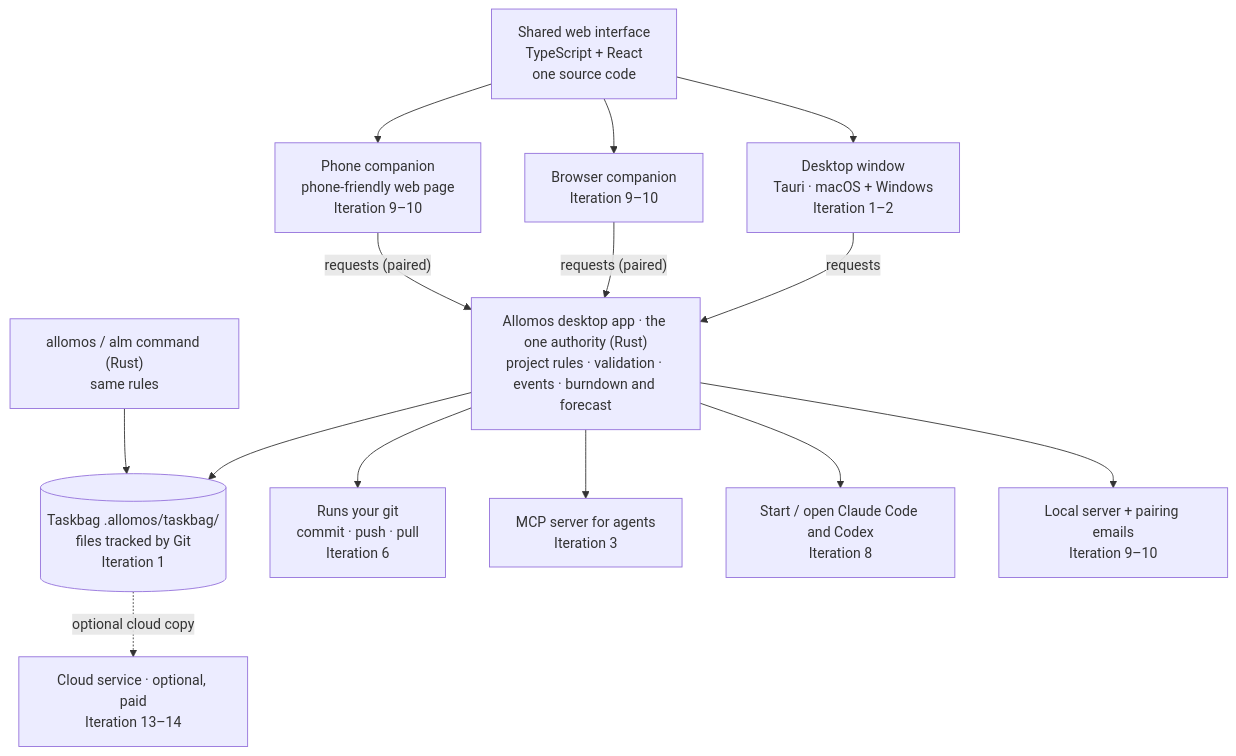
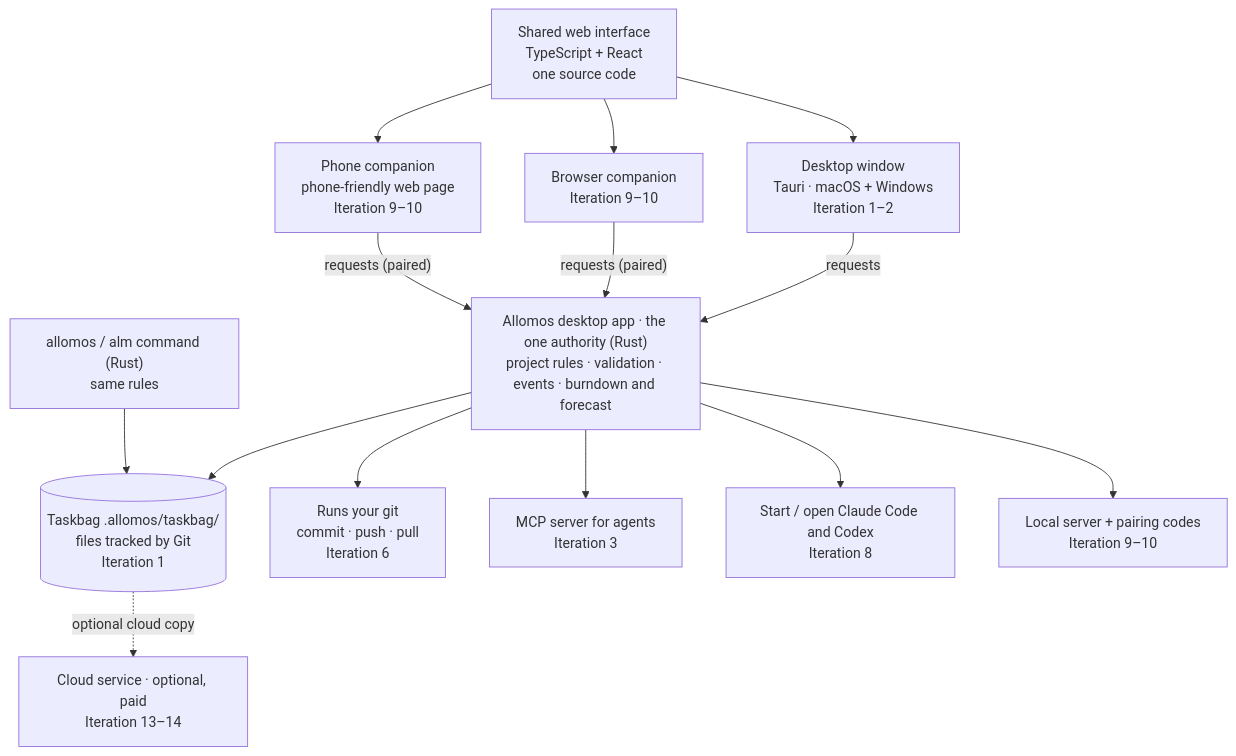
The diagram in docs/product/PLAN.md (allomos/allomos), drawn with Mermaid before and after one commit. The commit also changed other lines of this file and 3 other files, not shown here.

````diff
--- a/docs/product/PLAN.md
+++ b/docs/product/PLAN.md
@@ -112,18 +112,18 @@
 ```mermaid
 flowchart TD
     UI["Shared web interface<br/>TypeScript + React<br/>one source code"]
     UI --> DW["Desktop window<br/>Tauri · macOS + Windows<br/>Iteration 1–2"]
     UI --> BC["Browser companion<br/>Iteration 9–10"]
     UI --> PC["Phone companion<br/>phone-friendly web page<br/>Iteration 9–10"]
     DW -- requests --> HUB
     BC -- "requests (paired)" --> HUB
     PC -- "requests (paired)" --> HUB
     HUB["Allomos desktop app · the one authority (Rust)<br/>project rules · validation · events · burndown and forecast"]
     HUB --> TB[("Taskbag .allomos/taskbag/<br/>files tracked by Git<br/>Iteration 1")]
     HUB --> GIT["Runs your git<br/>commit · push · pull<br/>Iteration 6"]
     HUB --> MCP["MCP server for agents<br/>Iteration 3"]
     HUB --> RUN["Start / open Claude Code and Codex<br/>Iteration 8"]
-    HUB --> SRV["Local server + pairing emails<br/>Iteration 9–10"]
+    HUB --> SRV["Local server + pairing codes<br/>Iteration 9–10"]
     CLI["allomos / alm command (Rust)<br/>same rules"] --> TB
     TB -. "optional cloud copy" .-> CLOUD["Cloud service · optional, paid<br/>Iteration 13–14"]
 ```
````
